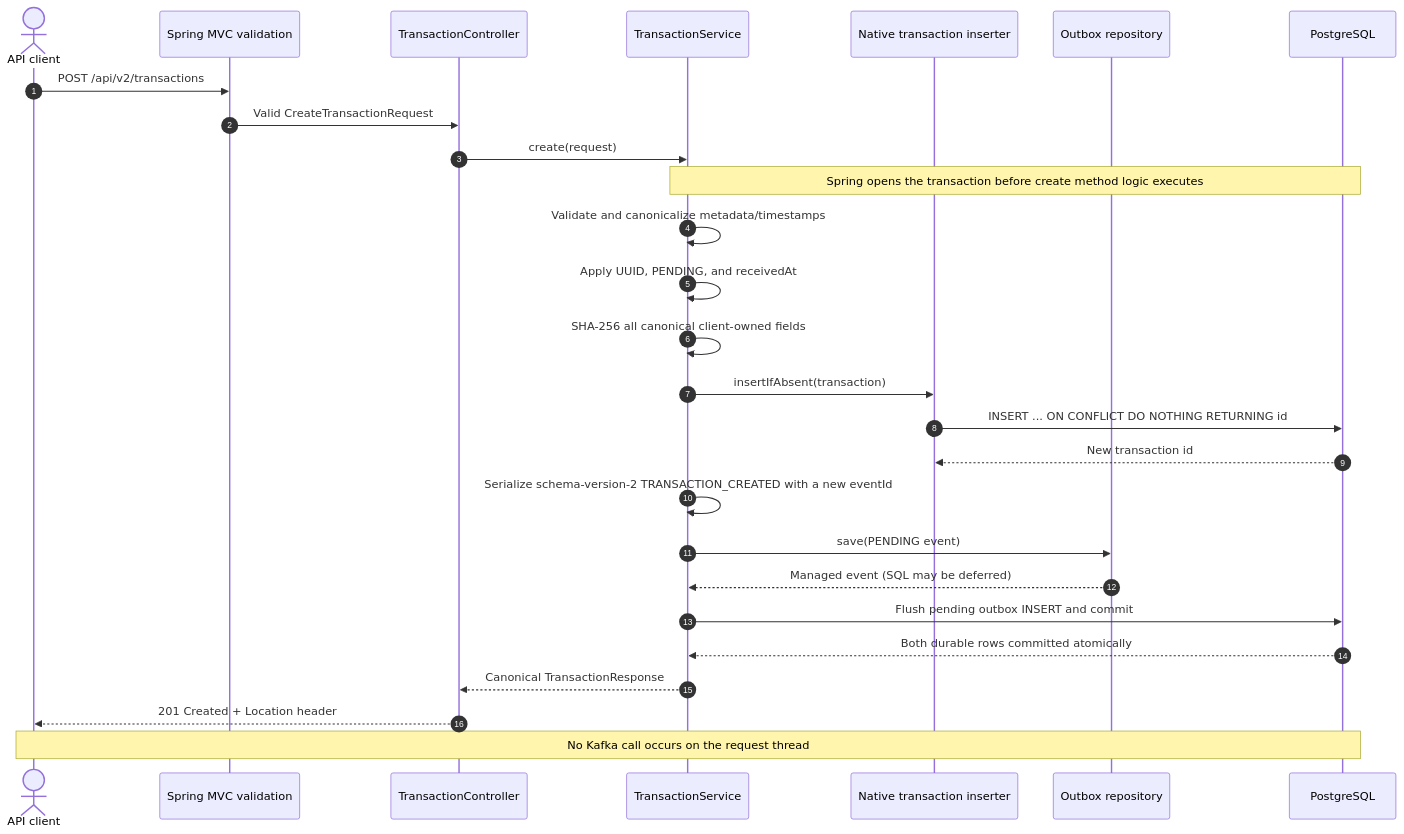
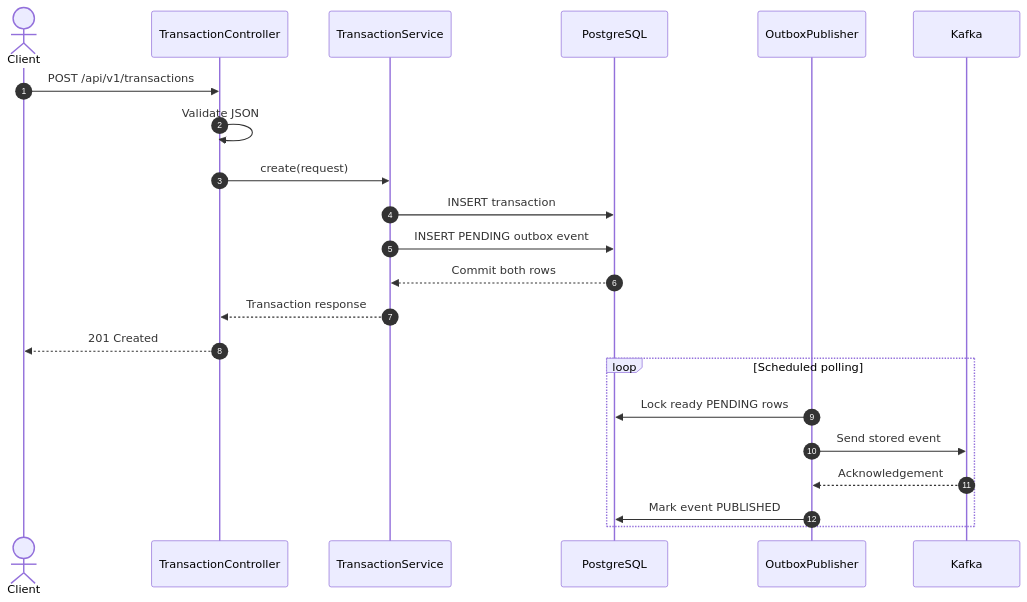
Before and after one commit to tarunngusain08/transaction-outbox-service: the first of 4 diagrams in docs/sequence-diagrams.md, drawn with Mermaid. The commit also changed other lines of this file and 107 other files, not shown here.

````diff
--- a/docs/sequence-diagrams.md
+++ b/docs/sequence-diagrams.md
@@ -136,30 +5,26 @@
 ```mermaid
 sequenceDiagram
     autonumber
-    actor Client as API client
-    participant MVC as Spring MVC validation
-    participant Controller as TransactionController
+    actor Client
+    participant API as TransactionController
     participant Service as TransactionService
-    participant Inserter as Native transaction inserter
-    participant OutboxRepo as Outbox repository
     participant DB as PostgreSQL
+    participant Poller as OutboxPublisher
+    participant Kafka
 
-    Client->>MVC: POST /api/v2/transactions
-    MVC->>Controller: Valid CreateTransactionRequest
-    Controller->>Service: create(request)
-    Note over Service,DB: Spring opens the transaction before create method logic executes
-    Service->>Service: Validate and canonicalize metadata/timestamps
-    Service->>Service: Apply UUID, PENDING, and receivedAt
-    Service->>Service: SHA-256 all canonical client-owned fields
-    Service->>Inserter: insertIfAbsent(transaction)
-    Inserter->>DB: INSERT ... ON CONFLICT DO NOTHING RETURNING id
-    DB-->>Inserter: New transaction id
-    Service->>Service: Serialize schema-version-2 TRANSACTION_CREATED with a new eventId
-    Service->>OutboxRepo: save(PENDING event)
-    OutboxRepo-->>Service: Managed event (SQL may be deferred)
-    Service->>DB: Flush pending outbox INSERT and commit
-    DB-->>Service: Both durable rows committed atomically
-    Service-->>Controller: Canonical TransactionResponse
-    Controller-->>Client: 201 Created + Location header
-    Note over Client,DB: No Kafka call occurs on the request thread
+    Client->>API: POST /api/v1/transactions
+    API->>API: Validate JSON
+    API->>Service: create(request)
+    Service->>DB: INSERT transaction
+    Service->>DB: INSERT PENDING outbox event
+    DB-->>Service: Commit both rows
+    Service-->>API: Transaction response
+    API-->>Client: 201 Created
+
+    loop Scheduled polling
+        Poller->>DB: Lock ready PENDING rows
+        Poller->>Kafka: Send stored event
+        Kafka-->>Poller: Acknowledgement
+        Poller->>DB: Mark event PUBLISHED
+    end
 ```
````
